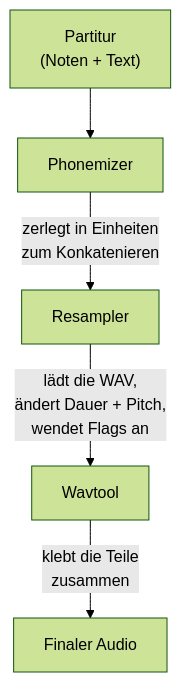
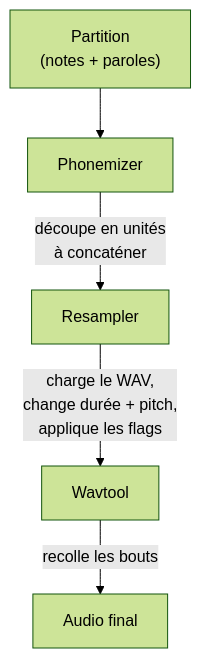
Before and after one commit to fox3000foxy/fox3000foxy.github.io: the second of 2 diagrams in public/articles/de/utau.md, drawn with Mermaid (forest theme). The commit also changed other lines of this file and 576 other files, not shown here.

````diff
--- a/public/articles/de/utau.md
+++ b/public/articles/de/utau.md
@@ -118,7 +118,7 @@
 ```mermaid
 flowchart TD
-    A["Partitur<br/>(Noten + Text)"] --> B[Phonemizer]
-    B -->|"zerlegt in Einheiten<br/>zum Konkatenieren"| C[Resampler]
-    C -->|"lädt die WAV,<br/>ändert Dauer + Pitch,<br/>wendet Flags an"| D[Wavtool]
-    D -->|"klebt die Teile<br/>zusammen"| E["Finaler Audio"]
+    A["Partition<br/>(notes + paroles)"] --> B[Phonemizer]
+    B -->|"découpe en unités<br/>à concaténer"| C[Resampler]
+    C -->|"charge le WAV,<br/>change durée + pitch,<br/>applique les flags"| D[Wavtool]
+    D -->|"recolle les bouts"| E["Audio final"]
 ```
````
